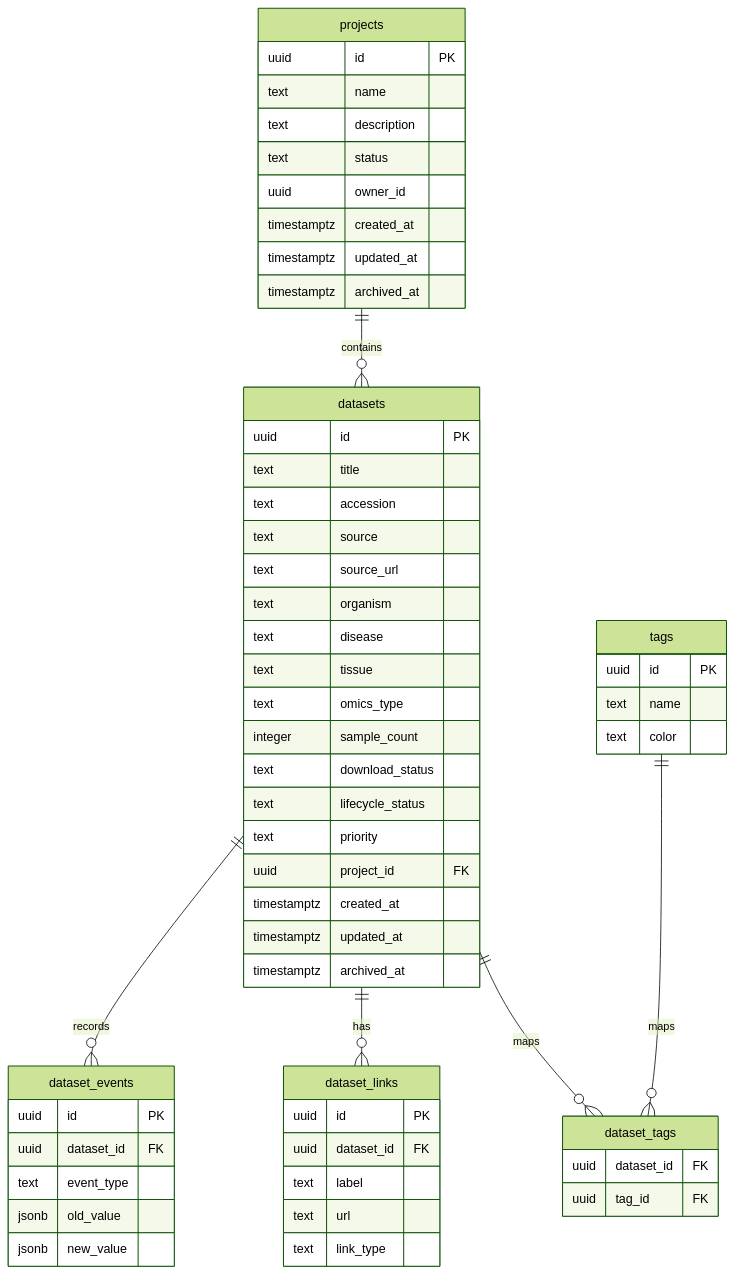
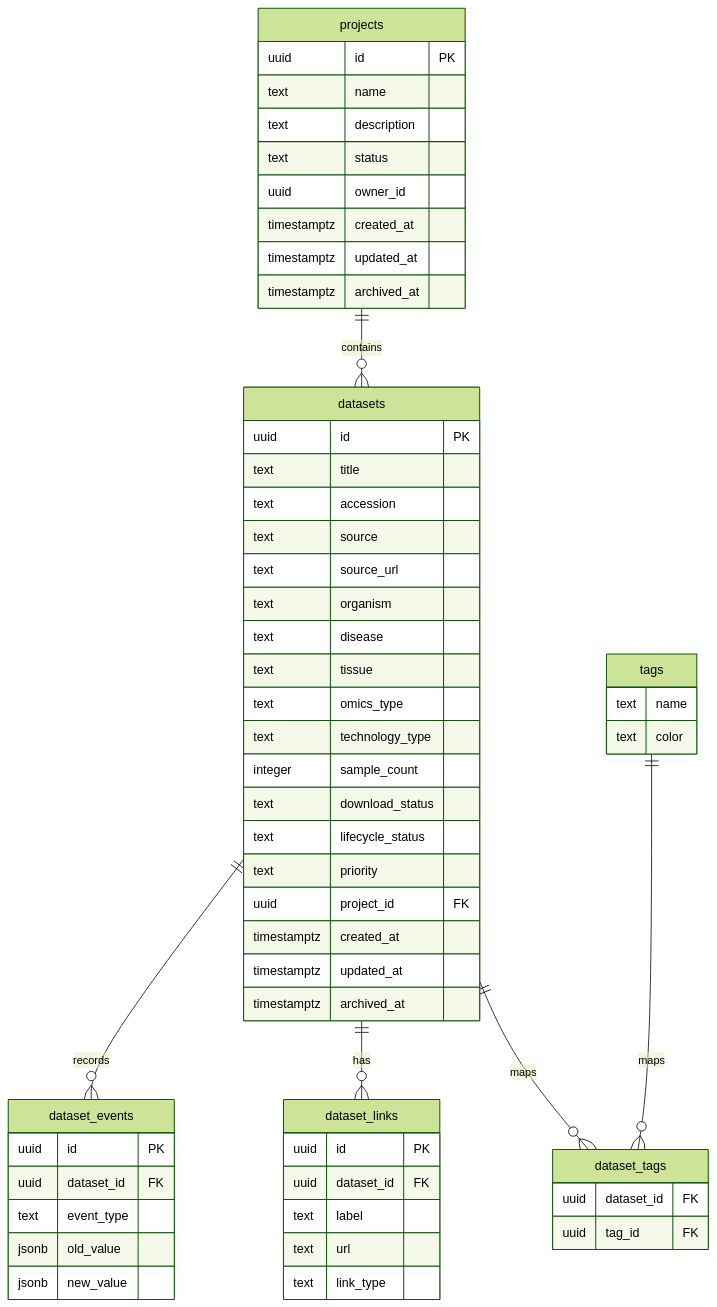
The diagram in docs/database-design.md (Moonerss/dataset-atlas), drawn with Mermaid (forest theme) before and after one commit. The commit also changed other lines of this file and 12 other files, not shown here.

Commit message:
feat(datasets): add technology type and organism columns

````diff
--- a/docs/database-design.md
+++ b/docs/database-design.md
@@ -17,66 +17,66 @@
 ```mermaid
 erDiagram
   projects ||--o{ datasets : contains
   datasets ||--o{ dataset_events : records
   datasets ||--o{ dataset_links : has
   datasets ||--o{ dataset_tags : maps
   tags ||--o{ dataset_tags : maps
 
   projects {
     uuid id PK
     text name
     text description
     text status
     uuid owner_id
     timestamptz created_at
     timestamptz updated_at
     timestamptz archived_at
   }
 
   datasets {
     uuid id PK
     text title
     text accession
     text source
     text source_url
     text organism
     text disease
     text tissue
     text omics_type
+    text technology_type
     integer sample_count
     text download_status
     text lifecycle_status
     text priority
     uuid project_id FK
     timestamptz created_at
     timestamptz updated_at
     timestamptz archived_at
   }
 
   tags {
-    uuid id PK
     text name
     text color
   }
 
   dataset_tags {
     uuid dataset_id FK
     uuid tag_id FK
   }
 
   dataset_events {
     uuid id PK
     uuid dataset_id FK
     text event_type
     jsonb old_value
     jsonb new_value
   }
 
   dataset_links {
     uuid id PK
     uuid dataset_id FK
     text label
     text url
     text link_type
   }
 ```
````
